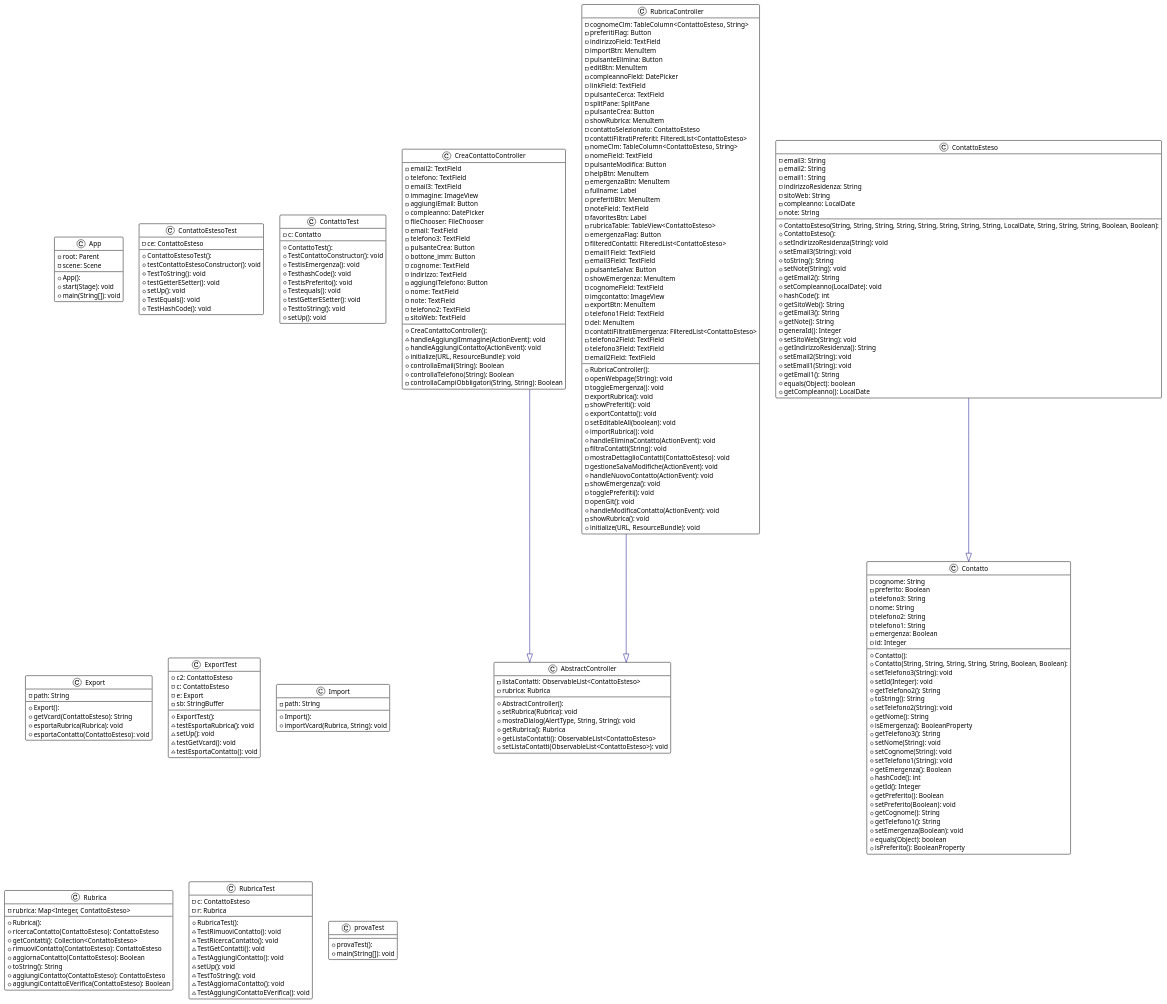
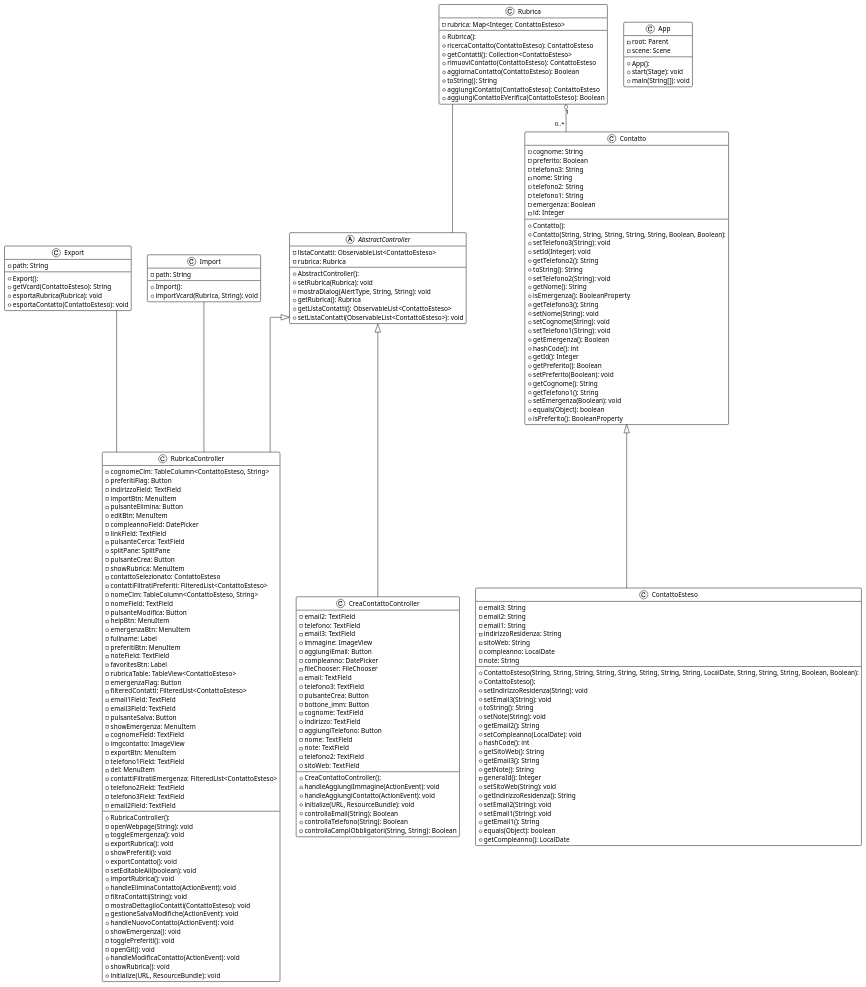
The diagram in docs/bozze/Diagrammi/Classi2/DiagrammaClassiDettagliato.puml (emanueletocci/uni-swe-project), drawn with PlantUML before and after one commit.

```diff
--- a/docs/bozze/Diagrammi/Classi2/DiagrammaClassiDettagliato.puml
+++ b/docs/bozze/Diagrammi/Classi2/DiagrammaClassiDettagliato.puml
@@ -4,7 +4,7 @@
 top to bottom direction
 skinparam linetype ortho
 
-class AbstractController {
+ abstract class AbstractController {
   + AbstractController():
   - listaContatti: ObservableList<ContattoEsteso>
   - rubrica: Rubrica
@@ -83,28 +83,8 @@
   + equals(Object): boolean
   + getCompleanno(): LocalDate
 }
-class ContattoEstesoTest {
-  + ContattoEstesoTest():
-  - ce: ContattoEsteso
-  + testContattoEstesoConstructor(): void
-  + TestToString(): void
-  + testGetterESetter(): void
-  + setUp(): void
-  + TestEquals(): void
-  + TestHashCode(): void
-}
-class ContattoTest {
-  + ContattoTest():
-  - c: Contatto
-  + TestContattoConstructor(): void
-  + TestisEmergenza(): void
-  + TesthashCode(): void
-  + TestisPreferito(): void
-  + Testequals(): void
-  + testGetterESetter(): void
-  + TesttoString(): void
-  + setUp(): void
-}
+
+
 class CreaContattoController {
   + CreaContattoController():
   - email2: TextField
@@ -138,17 +118,7 @@
   + getVcard(ContattoEsteso): String
   + esportaRubrica(Rubrica): void
   + esportaContatto(ContattoEsteso): void
-}
-class ExportTest {
-  + ExportTest():
-  - c2: ContattoEsteso
-  - c: ContattoEsteso
-  - e: Export
-  - sb: StringBuffer
-  ~ testEsportaRubrica(): void
-  ~ setUp(): void
-  ~ testGetVcard(): void
-  ~ testEsportaContatto(): void
+
 }
 class Import {
   + Import():
@@ -226,25 +196,12 @@
   - showRubrica(): void
   + initialize(URL, ResourceBundle): void
 }
-class RubricaTest {
-  + RubricaTest():
-  - c: ContattoEsteso
-  - r: Rubrica
-  ~ TestRimuoviContatto(): void
-  ~ TestRicercaContatto(): void
-  ~ TestGetContatti(): void
-  ~ TestAggiungiContatto(): void
-  ~ setUp(): void
-  ~ TestToString(): void
-  ~ TestAggiornaContatto(): void
-  ~ TestAggiungiContattoEVerifica(): void
-}
-class provaTest {
-  + provaTest():
-  + main(String[]): void
-}
 
-ContattoEsteso          -[#000082,plain]-^  Contatto
-CreaContattoController  -[#000082,plain]-^  AbstractController
-RubricaController       -[#000082,plain]-^  AbstractController
+Rubrica    "1" o-- "0..*"   Contatto
+Contatto     <|--           ContattoEsteso
+AbstractController  <|--   RubricaController
+AbstractController  <|--   CreaContattoController
+Rubrica -- AbstractController
+Import -- RubricaController
+Export -- RubricaController
 @enduml
```
